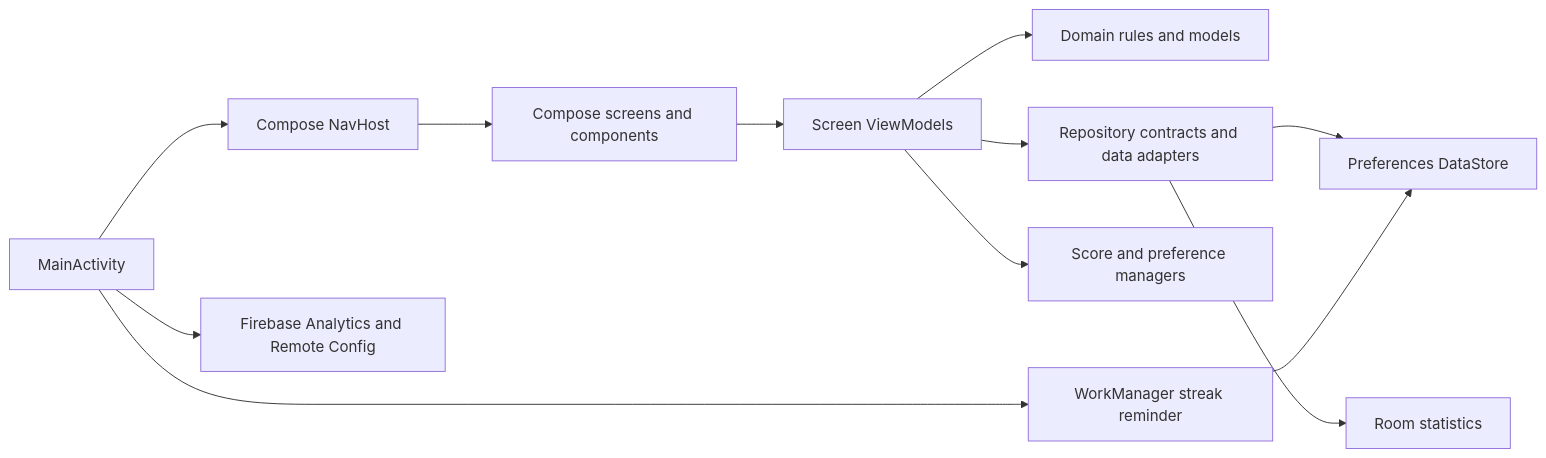
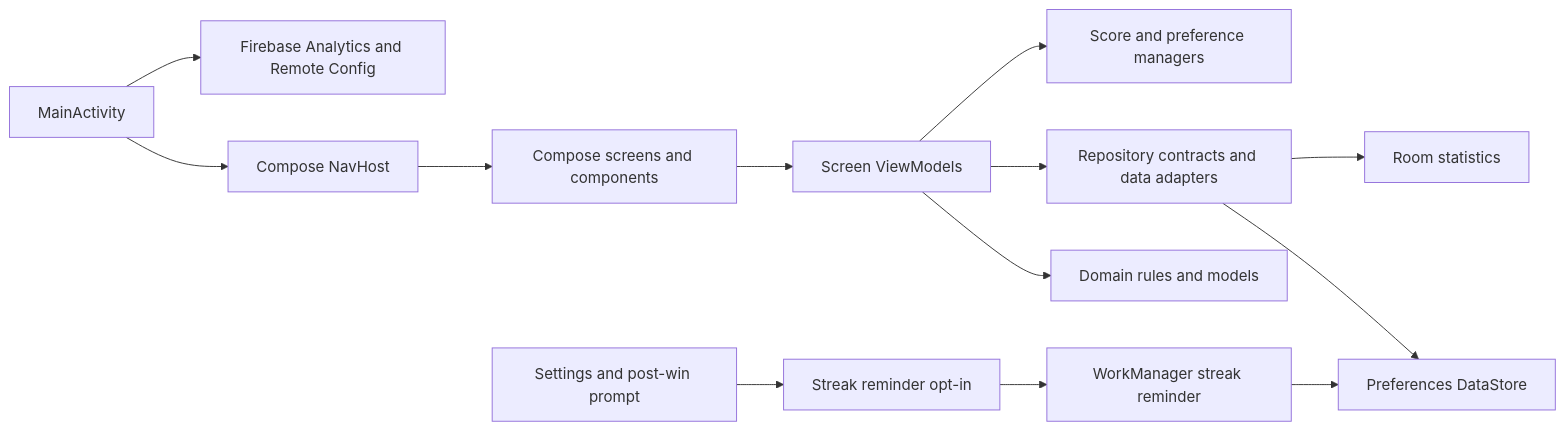
Before and after one commit to quickmindgames/Sudoku: the diagram in docs/architecture.md, drawn with Mermaid. The commit also changed other lines of this file and 55 other files, not shown here.

````diff
--- a/docs/architecture.md
+++ b/docs/architecture.md
@@ -27,14 +27,15 @@
 ```mermaid
 flowchart LR
     UI[Compose screens and components] --> VM[Screen ViewModels]
     VM --> Domain[Domain rules and models]
     VM --> Repo[Repository contracts and data adapters]
     Repo --> DS[Preferences DataStore]
     Repo --> Room[Room statistics]
     VM --> Local[Score and preference managers]
     Activity[MainActivity] --> Nav[Compose NavHost]
     Nav --> UI
     Activity --> Firebase[Firebase Analytics and Remote Config]
-    Activity --> Worker[WorkManager streak reminder]
+    Settings[Settings and post-win prompt] --> ReminderPrefs[Streak reminder opt-in]
+    ReminderPrefs --> Worker[WorkManager streak reminder]
     Worker --> DS
 ```
````
